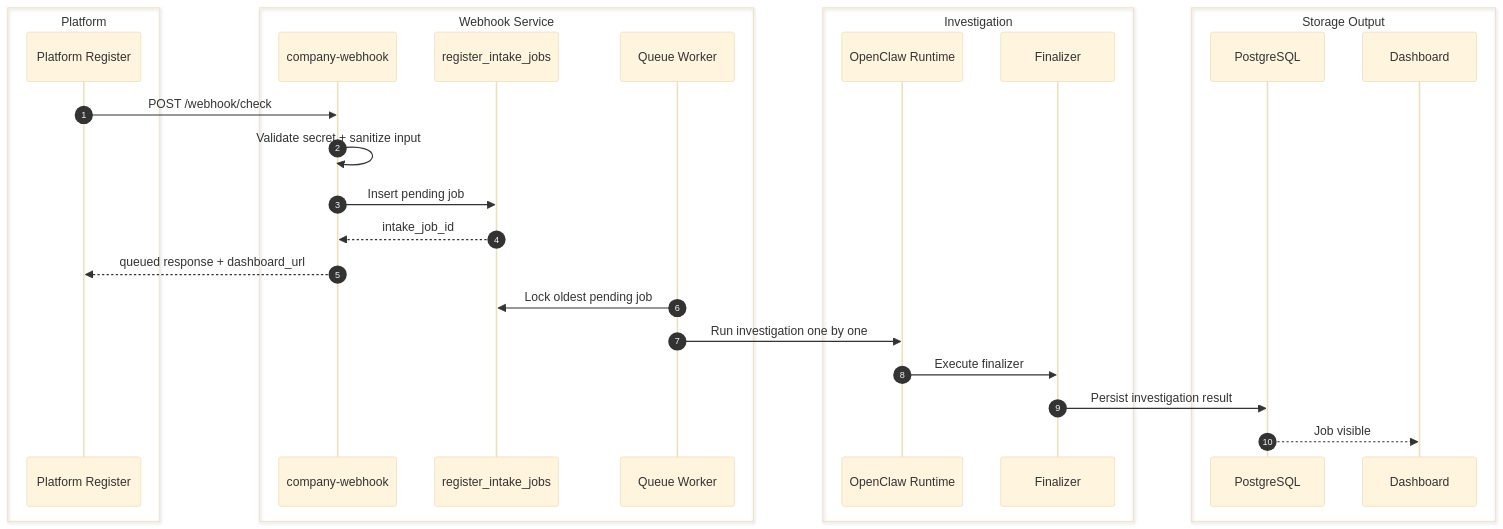
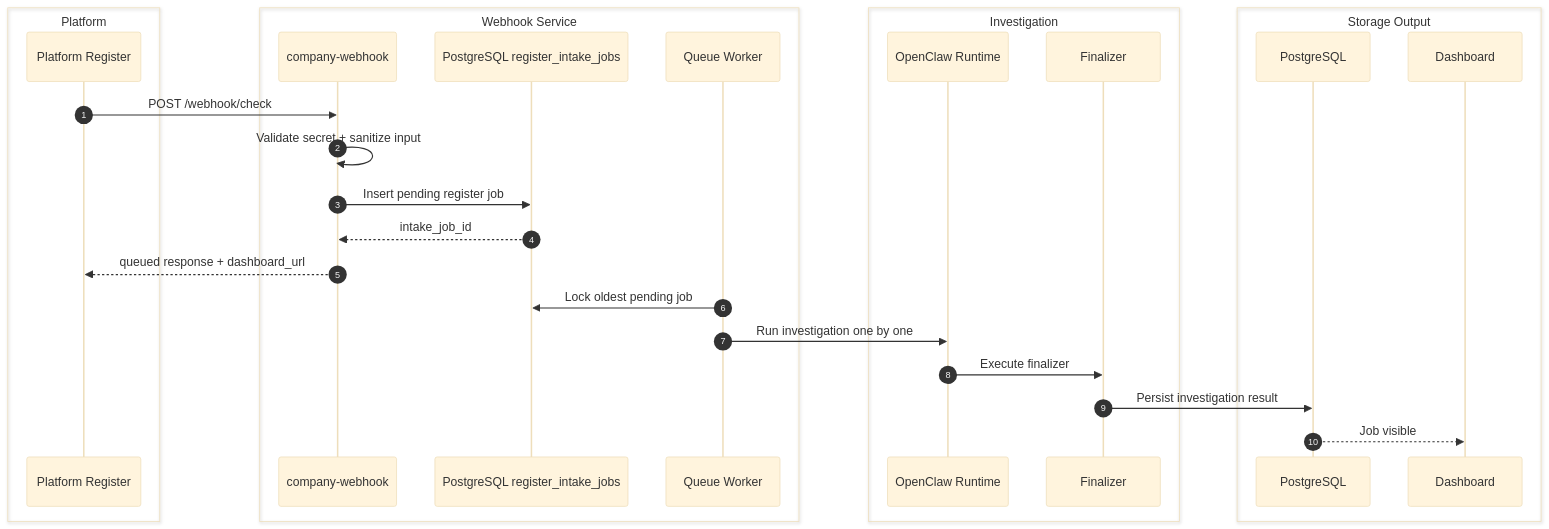
Before and after one commit to nunutech40/company-detector-bot: the seventh of 8 diagrams in docs/technical/FLOW_MAP.md, drawn with Mermaid (base theme). The commit also changed other lines of this file and 5 other files, not shown here.

Commit message:
clarify postgres intake queue

````diff
--- a/docs/technical/FLOW_MAP.md
+++ b/docs/technical/FLOW_MAP.md
@@ -447,34 +447,34 @@
 ```mermaid
 sequenceDiagram
   autonumber
   box Platform
     participant Platform as Platform Register
   end
 
   box Webhook Service
     participant Webhook as company-webhook
-    participant Queue as register_intake_jobs
+    participant Queue as PostgreSQL register_intake_jobs
     participant Worker as Queue Worker
   end
 
   box Investigation
     participant OpenClaw as OpenClaw Runtime
     participant Finalizer as Finalizer
   end
 
   box Storage Output
     participant DB as PostgreSQL
     participant Dashboard as Dashboard
   end
 
   Platform->>Webhook: POST /webhook/check
   Webhook->>Webhook: Validate secret + sanitize input
-  Webhook->>Queue: Insert pending job
+  Webhook->>Queue: Insert pending register job
   Queue-->>Webhook: intake_job_id
   Webhook-->>Platform: queued response + dashboard_url
   Worker->>Queue: Lock oldest pending job
   Worker->>OpenClaw: Run investigation one by one
   OpenClaw->>Finalizer: Execute finalizer
   Finalizer->>DB: Persist investigation result
   DB-->>Dashboard: Job visible
 ```
````
